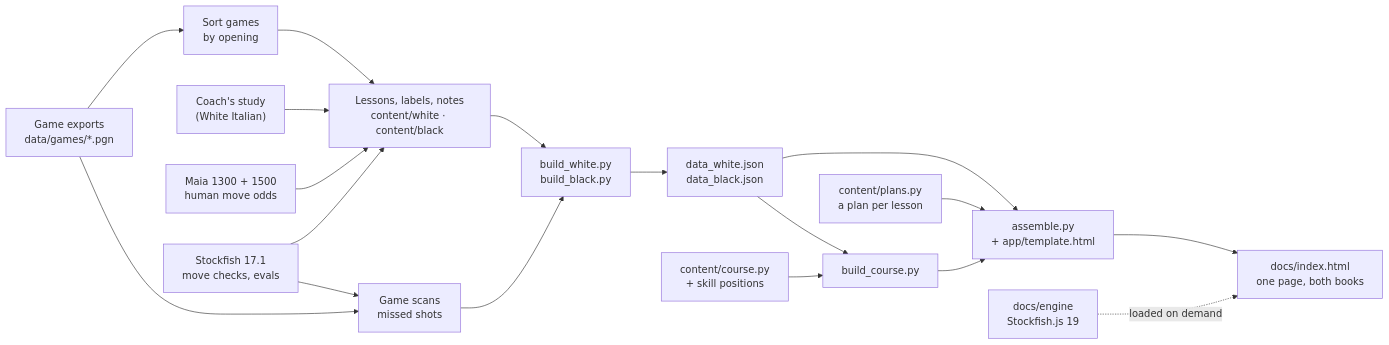
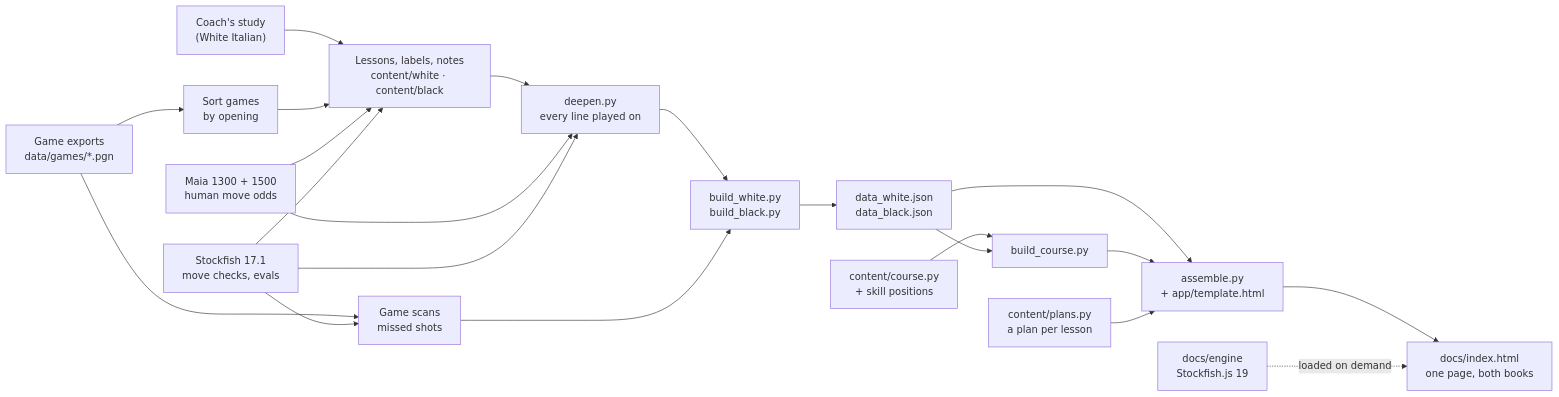
Before and after one commit to vladapl21/chess-opening-playbook: the diagram in README.md, drawn with Mermaid. The commit also changed other lines of this file and 32 other files, not shown here.

````diff
--- a/README.md
+++ b/README.md
@@ -456,20 +496,23 @@
 ```mermaid
 flowchart LR
     G["Game exports<br/>data/games/*.pgn"] --> C["Sort games<br/>by opening"]
     S["Coach's study<br/>(White Italian)"] --> L
     C --> L["Lessons, labels, notes<br/>content/white · content/black"]
     M["Maia 1300 + 1500<br/>human move odds"] --> L
     F["Stockfish 17.1<br/>move checks, evals"] --> L
     G --> R["Game scans<br/>missed shots"]
     F --> R
-    L --> B["build_white.py<br/>build_black.py"]
+    L --> DP["deepen.py<br/>every line played on"]
+    M --> DP
+    F --> DP
+    DP --> B["build_white.py<br/>build_black.py"]
     R --> B
     B --> J["data_white.json<br/>data_black.json"]
     J --> A["assemble.py<br/>+ app/template.html"]
     K["content/course.py<br/>+ skill positions"] --> CB["build_course.py"]
     J --> CB
     CB --> A
     PL["content/plans.py<br/>a plan per lesson"] --> A
     A --> P["docs/index.html<br/>one page, both books"]
     E["docs/engine<br/>Stockfish.js 19"] -. "loaded on demand" .-> P
 ```
````
